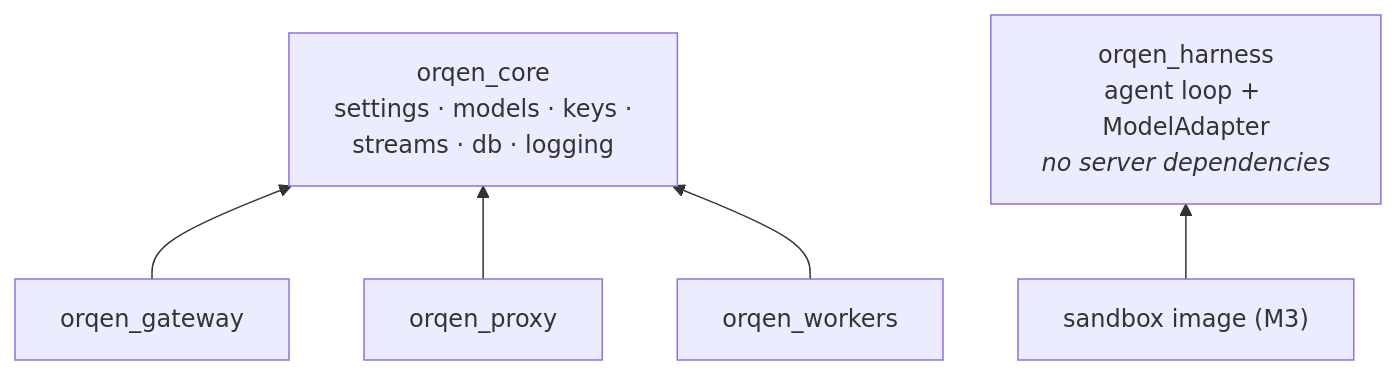
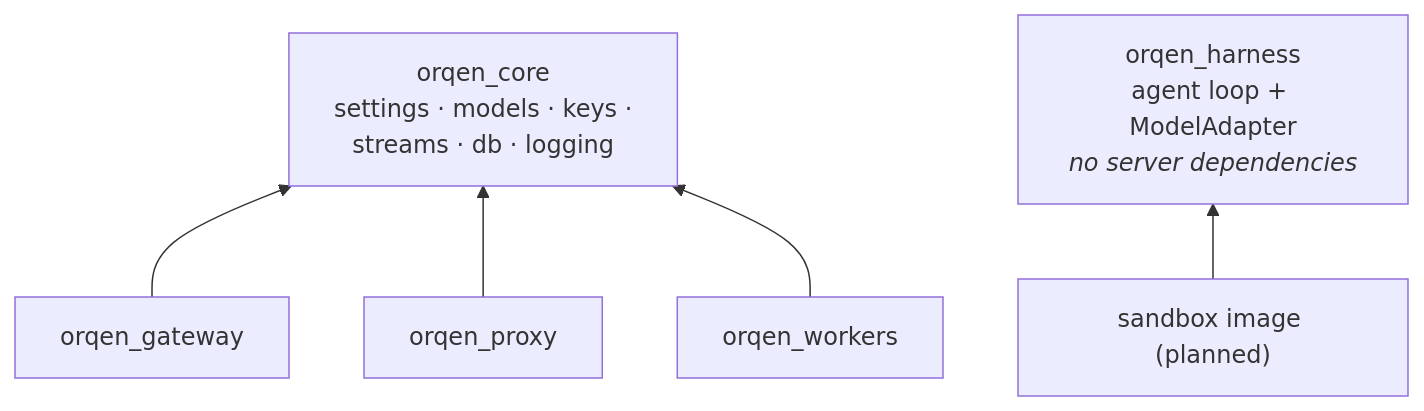
Before and after one commit to priyanshu14077/orqen: the ninth of 10 diagrams in README.md, drawn with Mermaid. The commit also changed other lines of this file, not shown here.

Commit message:
Mark unbuilt parts as planned in the code structure section

````diff
--- a/README.md
+++ b/README.md
@@ -444,9 +444,9 @@
 ```mermaid
 flowchart BT
     core["orqen_core<br/>settings · models · keys ·<br/>streams · db · logging"]
     harness["orqen_harness<br/>agent loop + ModelAdapter<br/><i>no server dependencies</i>"]
     gateway["orqen_gateway"] --> core
     proxy["orqen_proxy"] --> core
     workers["orqen_workers"] --> core
-    sandbox["sandbox image (M3)"] --> harness
+    sandbox["sandbox image (planned)"] --> harness
 ```
````
